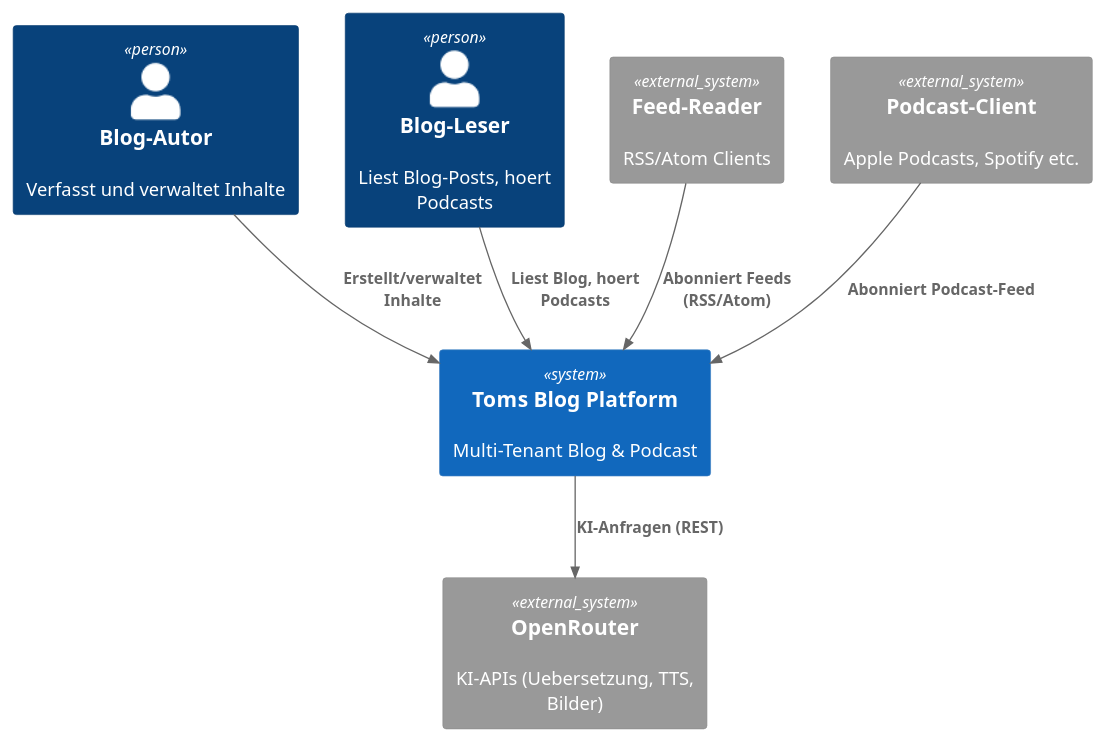
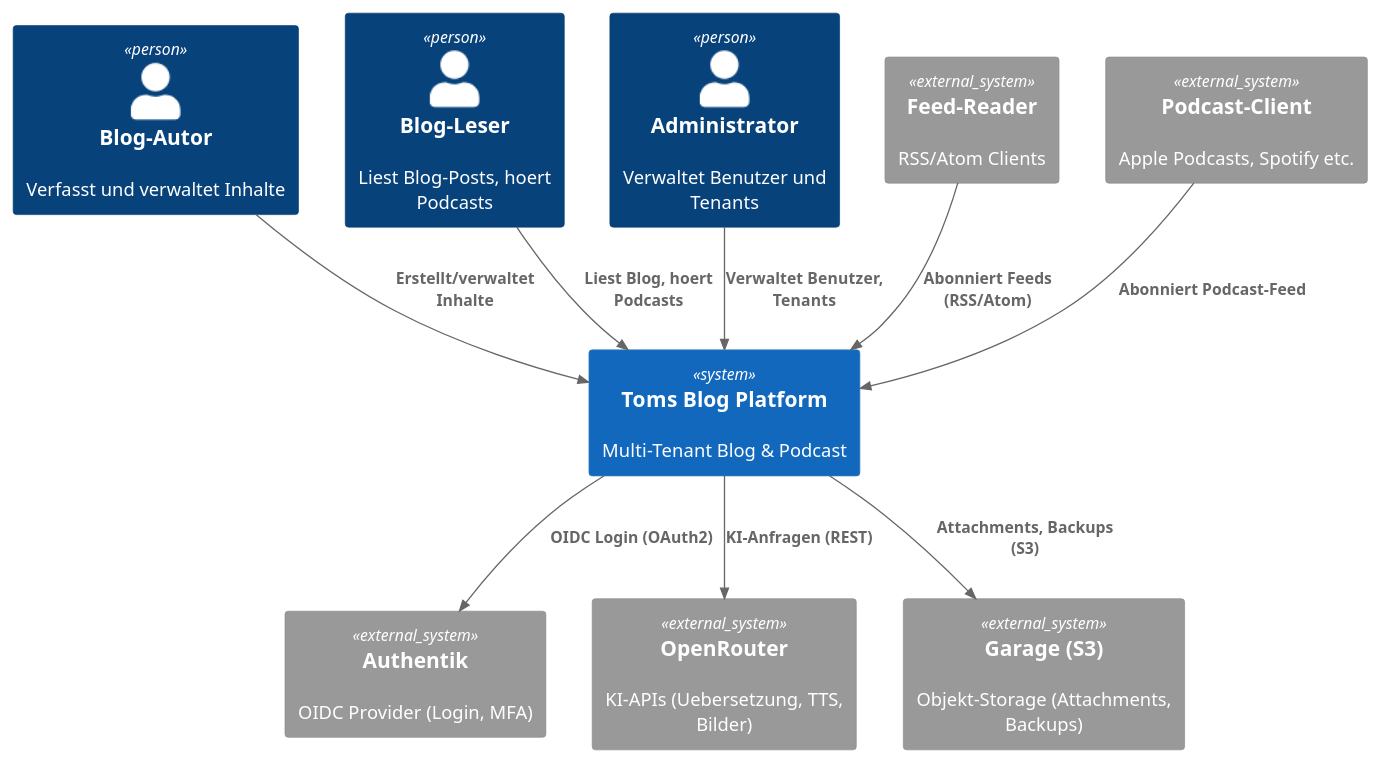
One commit to tomirgang/tomsblog changed the diagram in docs/arc42/modules/ROOT/partials/plantuml/context-diagram.puml. Above: the diagram before and after it, drawn with PlantUML. The commit also changed 10 other files, not shown here.

```diff
--- a/docs/arc42/modules/ROOT/partials/plantuml/context-diagram.puml
+++ b/docs/arc42/modules/ROOT/partials/plantuml/context-diagram.puml
@@ -1,18 +1,24 @@
 @startuml context-diagram
 !include <C4/C4_Context>
 
 Person(author, "Blog-Autor", "Verfasst und verwaltet Inhalte")
 Person(reader, "Blog-Leser", "Liest Blog-Posts, hoert Podcasts")
+Person(admin, "Administrator", "Verwaltet Benutzer und Tenants")
 
 System(tomsblog, "Toms Blog Platform", "Multi-Tenant Blog & Podcast")
 
+System_Ext(authentik, "Authentik", "OIDC Provider (Login, MFA)")
 System_Ext(openrouter, "OpenRouter", "KI-APIs (Uebersetzung, TTS, Bilder)")
 System_Ext(feedreader, "Feed-Reader", "RSS/Atom Clients")
 System_Ext(podcastclient, "Podcast-Client", "Apple Podcasts, Spotify etc.")
+System_Ext(garage, "Garage (S3)", "Objekt-Storage (Attachments, Backups)")
 
 Rel(author, tomsblog, "Erstellt/verwaltet Inhalte")
 Rel(reader, tomsblog, "Liest Blog, hoert Podcasts")
+Rel(admin, tomsblog, "Verwaltet Benutzer, Tenants")
+Rel(tomsblog, authentik, "OIDC Login (OAuth2)")
 Rel(tomsblog, openrouter, "KI-Anfragen (REST)")
+Rel(tomsblog, garage, "Attachments, Backups (S3)")
 Rel(feedreader, tomsblog, "Abonniert Feeds (RSS/Atom)")
 Rel(podcastclient, tomsblog, "Abonniert Podcast-Feed")
 @enduml
```
